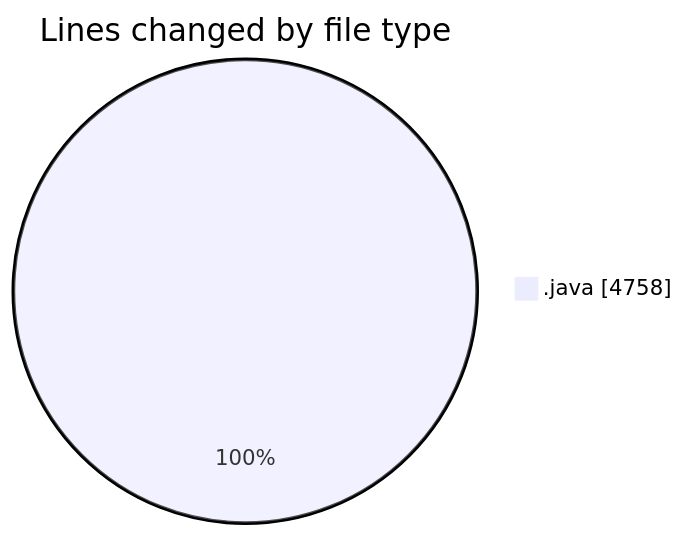
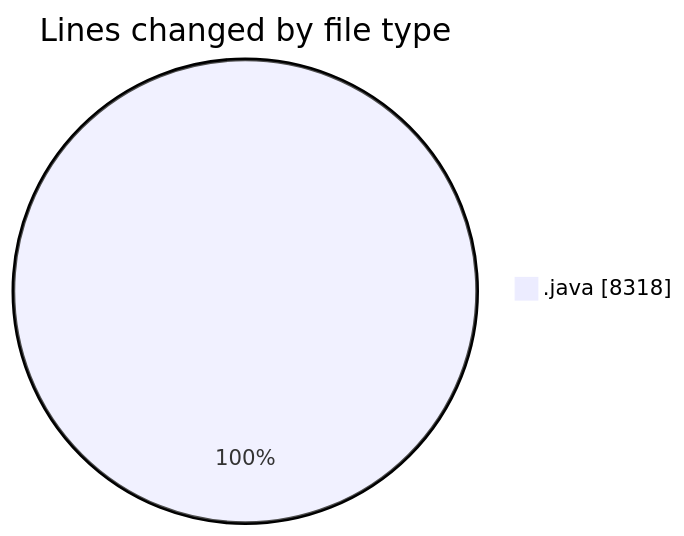
One commit to ricardozamudiocil/code-tracking changed the first of 2 diagrams in 2026-07-01/cilapp/README.md. Above: the diagram before and after it, drawn with Mermaid. The commit also changed other lines of this file and 1 other file, not shown here.

````diff
--- a/2026-07-01/cilapp/README.md
+++ b/2026-07-01/cilapp/README.md
@@ -20,5 +20,5 @@
 ```mermaid
 pie showData
 title Lines changed by file type
-".java" : 4758
+".java" : 8318
 ```
````
